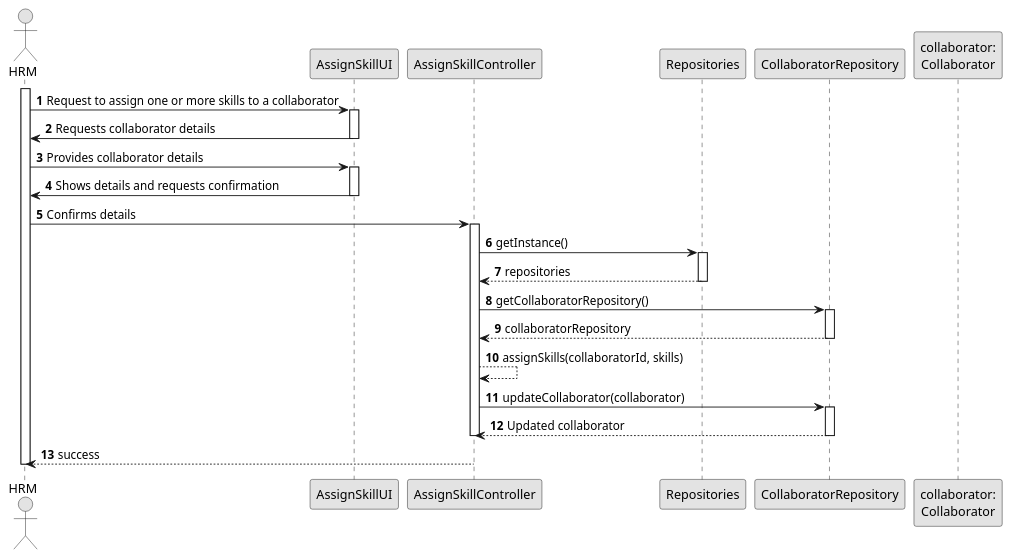
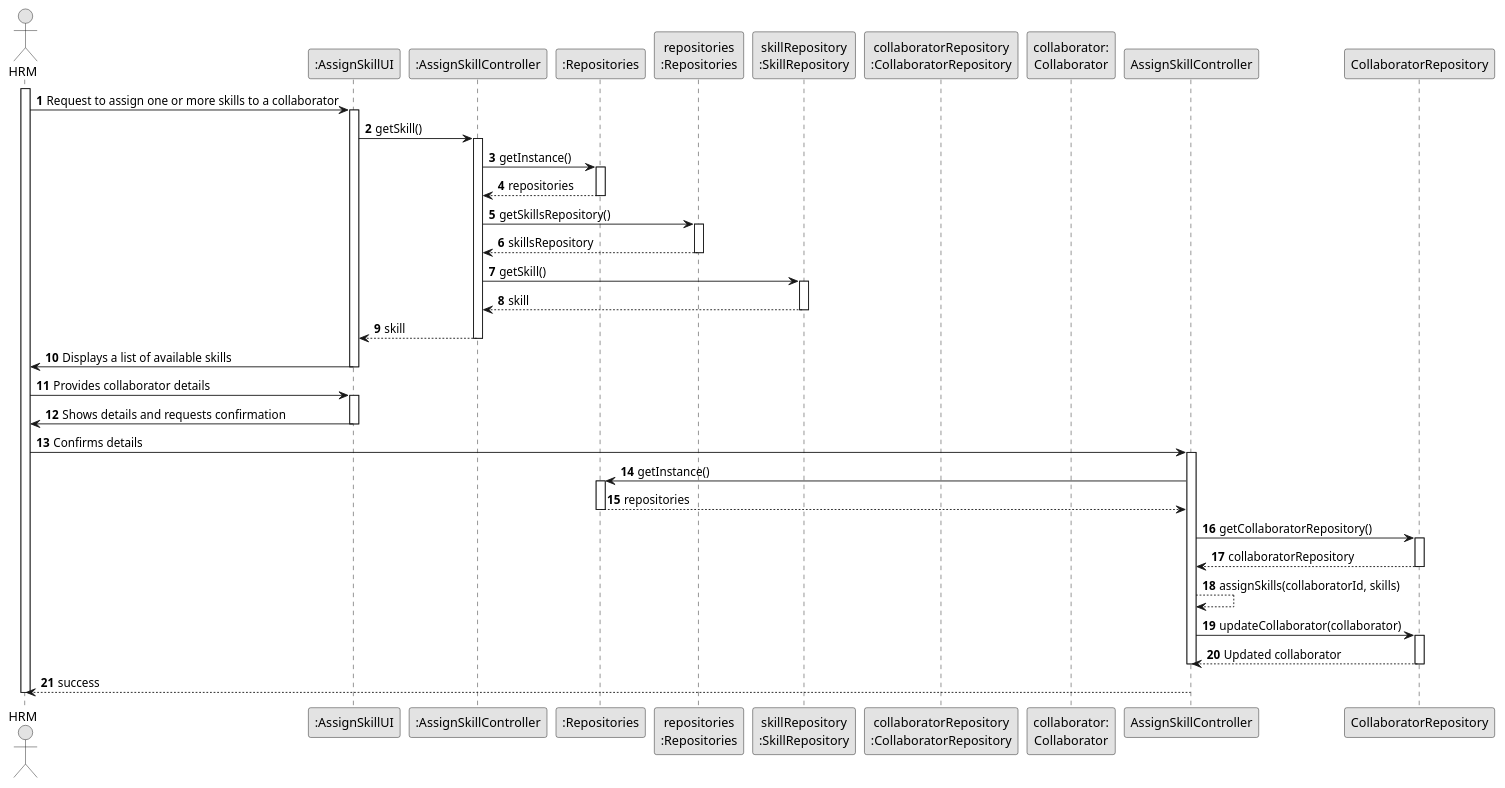
Before and after one commit to diogoveirospro/lei-24-s2-1dg-g072: the diagram in docs/sprintB/us004/03.design/puml/us004-sequence-diagram-full.puml, drawn with PlantUML.

Commit message:
Started fixing US04 design

```diff
--- a/docs/sprintB/us004/03.design/puml/us004-sequence-diagram-full.puml
+++ b/docs/sprintB/us004/03.design/puml/us004-sequence-diagram-full.puml
@@ -1,57 +1,83 @@
 @startuml
 skinparam monochrome true
 skinparam packageStyle rectangle
 skinparam shadowing false
 
 autonumber
 
 actor HRM
-participant AssignSkillUI
-participant AssignSkillController
-participant Repositories
-participant CollaboratorRepository
+participant ":AssignSkillUI" as UI
+participant ":AssignSkillController" as CTRL
+participant ":Repositories" as REP
+participant "repositories\n:Repositories" as repositories
+participant "skillRepository\n:SkillRepository" as SREP
+participant "collaboratorRepository\n:CollaboratorRepository" as CREP
 participant "collaborator:\nCollaborator" as collaborator
 
 activate HRM
 
-HRM -> AssignSkillUI : Request to assign one or more skills to a collaborator
-activate AssignSkillUI
+HRM -> UI : Request to assign one or more skills to a collaborator
+activate UI
 
-AssignSkillUI -> HRM: Requests collaborator details
-deactivate AssignSkillUI
+        UI -> CTRL: getSkill()
+activate CTRL
 
-HRM -> AssignSkillUI : Provides collaborator details
-activate AssignSkillUI
+                        CTRL -> REP: getInstance()
 
-AssignSkillUI -> HRM : Shows details and requests confirmation
-deactivate AssignSkillUI
+                        activate REP
+
+                                REP --> CTRL: repositories
+                        deactivate REP
+
+                        CTRL -> repositories: getSkillsRepository()
+                        activate repositories
+
+                                repositories --> CTRL: skillsRepository
+                        deactivate repositories
+                        CTRL -> SREP: getSkill()
+                        activate SREP
+
+                                SREP --> CTRL: skill
+
+                        deactivate SREP
+
+                        CTRL --> UI: skill
+                deactivate CTRL
+UI -> HRM: Displays a list of available skills
+deactivate UI
+
+HRM -> UI : Provides collaborator details
+activate UI
+
+UI -> HRM : Shows details and requests confirmation
+deactivate UI
 
 HRM -> AssignSkillController : Confirms details
 activate AssignSkillController
 
-AssignSkillController -> Repositories: getInstance()
-activate Repositories
+AssignSkillController -> REP: getInstance()
+activate REP
 
-Repositories --> AssignSkillController: repositories
-deactivate Repositories
+REP --> AssignSkillController: repositories
+deactivate REP
 
 AssignSkillController -> CollaboratorRepository: getCollaboratorRepository()
 activate CollaboratorRepository
 
 CollaboratorRepository --> AssignSkillController: collaboratorRepository
 deactivate CollaboratorRepository
 
 AssignSkillController --> AssignSkillController : assignSkills(collaboratorId, skills)
 AssignSkillController -> CollaboratorRepository: updateCollaborator(collaborator)
 activate CollaboratorRepository
 
 CollaboratorRepository --> AssignSkillController: Updated collaborator
 deactivate CollaboratorRepository
 
 deactivate AssignSkillController
 
 AssignSkillController --> HRM: success
 
 deactivate HRM
 
 @enduml
```
